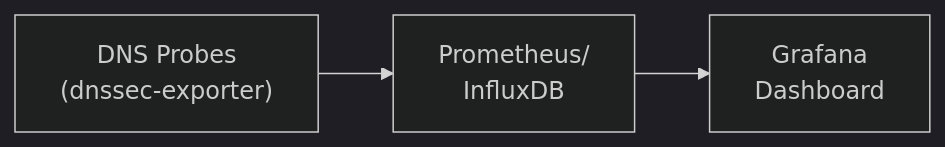
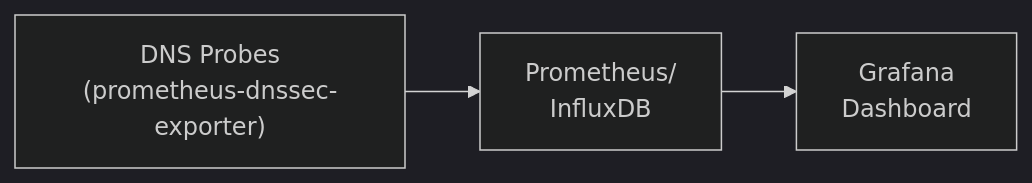
One commit to OneUptime/blog changed the diagram in posts/2026-01-15-dnssec-health-dashboard-grafana/README.md. Above: the diagram before and after it, drawn with Mermaid (dark theme). The commit also changed other lines of this file, not shown here.

Commit message:
fix: update README to reflect correct usage of prometheus-dnssec-exporter and enhance clarity

````diff
--- a/posts/2026-01-15-dnssec-health-dashboard-grafana/README.md
+++ b/posts/2026-01-15-dnssec-health-dashboard-grafana/README.md
@@ -30,5 +30,5 @@
 ```mermaid
 flowchart LR
-    A["DNS Probes<br/>(dnssec-exporter)"] --> B["Prometheus/<br/>InfluxDB"]
+    A["DNS Probes<br/>(prometheus-dnssec-exporter)"] --> B["Prometheus/<br/>InfluxDB"]
     B --> C["Grafana<br/>Dashboard"]
 ```
````
